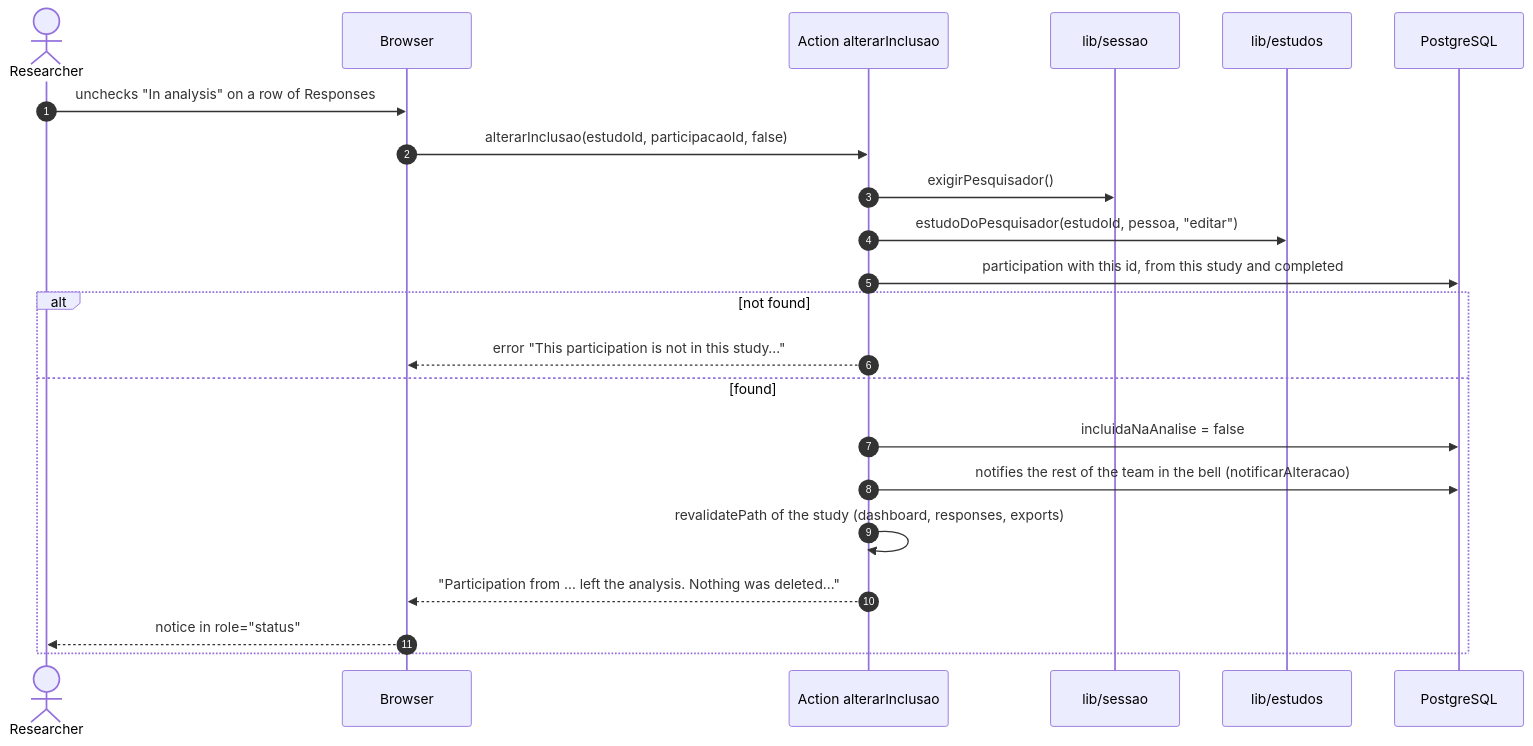
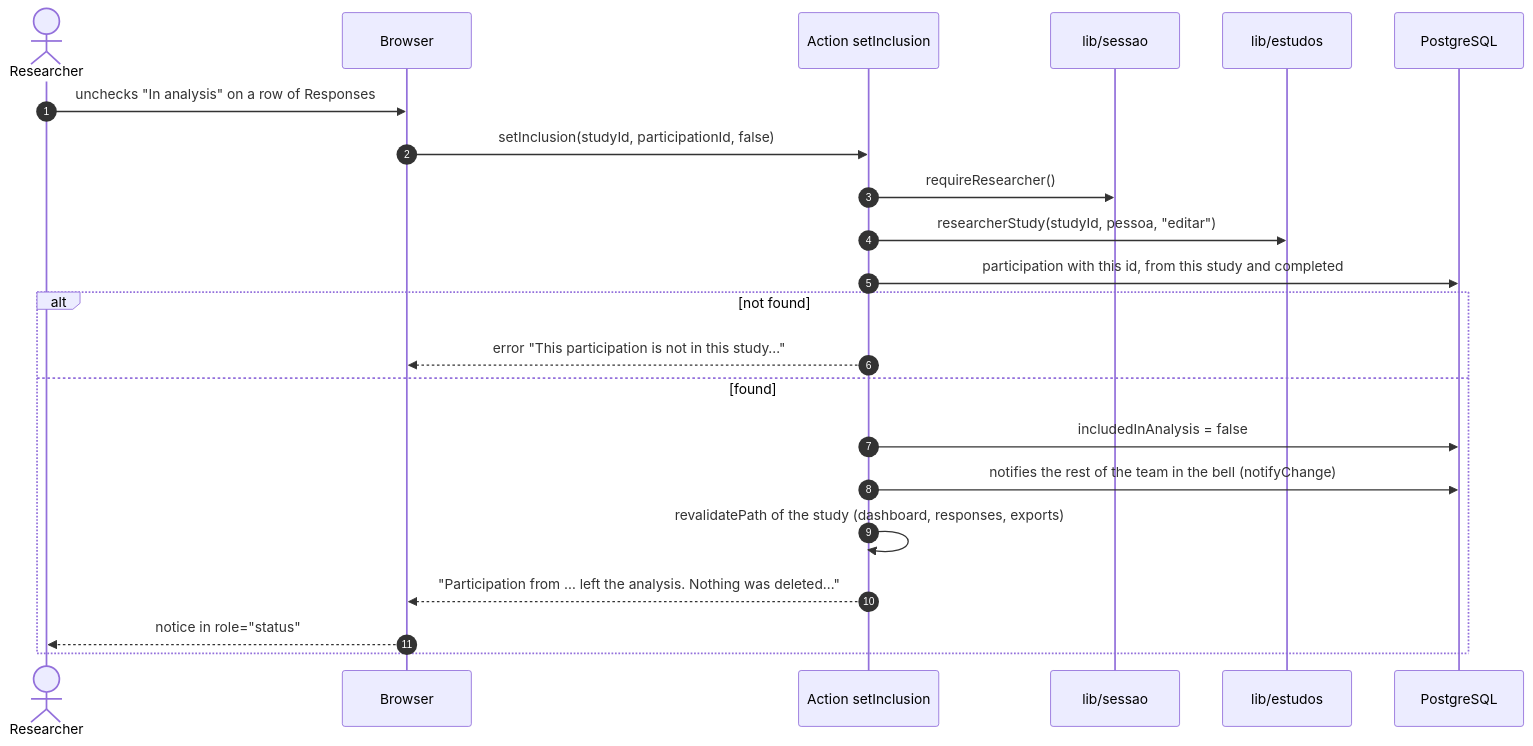
One commit to gabrielfjm/ueq_form_ihc changed the diagram in docs/documentacao/fontes/diagramas-de-sequencia-4.mmd. Above: the diagram before and after it, drawn with Mermaid. The commit also changed 50 other files, not shown here.

First line of the commit message:
deixa os diagramas inteiramente em inglês, também nos nomes das classes, tabelas e estados

```diff
--- a/docs/documentacao/fontes/diagramas-de-sequencia-4.mmd
+++ b/docs/documentacao/fontes/diagramas-de-sequencia-4.mmd
@@ -1,23 +1,23 @@
 sequenceDiagram
     autonumber
     actor Pesq as Researcher
     participant Nav as Browser
-    participant Acao as Action alterarInclusao
-    participant Sessao as lib/sessao
-    participant Estudos as lib/estudos
+    participant Acao as Action setInclusion
+    participant Session as lib/sessao
+    participant Studies as lib/estudos
     participant BD as PostgreSQL
 
     Pesq->>Nav: unchecks "In analysis" on a row of Responses
-    Nav->>Acao: alterarInclusao(estudoId, participacaoId, false)
-    Acao->>Sessao: exigirPesquisador()
-    Acao->>Estudos: estudoDoPesquisador(estudoId, pessoa, "editar")
+    Nav->>Acao: setInclusion(studyId, participationId, false)
+    Acao->>Session: requireResearcher()
+    Acao->>Studies: researcherStudy(studyId, pessoa, "editar")
     Acao->>BD: participation with this id, from this study and completed
     alt not found
         Acao-->>Nav: error "This participation is not in this study…"
     else found
-        Acao->>BD: incluidaNaAnalise = false
-        Acao->>BD: notifies the rest of the team in the bell (notificarAlteracao)
+        Acao->>BD: includedInAnalysis = false
+        Acao->>BD: notifies the rest of the team in the bell (notifyChange)
         Acao->>Acao: revalidatePath of the study (dashboard, responses, exports)
         Acao-->>Nav: "Participation from … left the analysis. Nothing was deleted…"
         Nav-->>Pesq: notice in role="status"
     end
```
